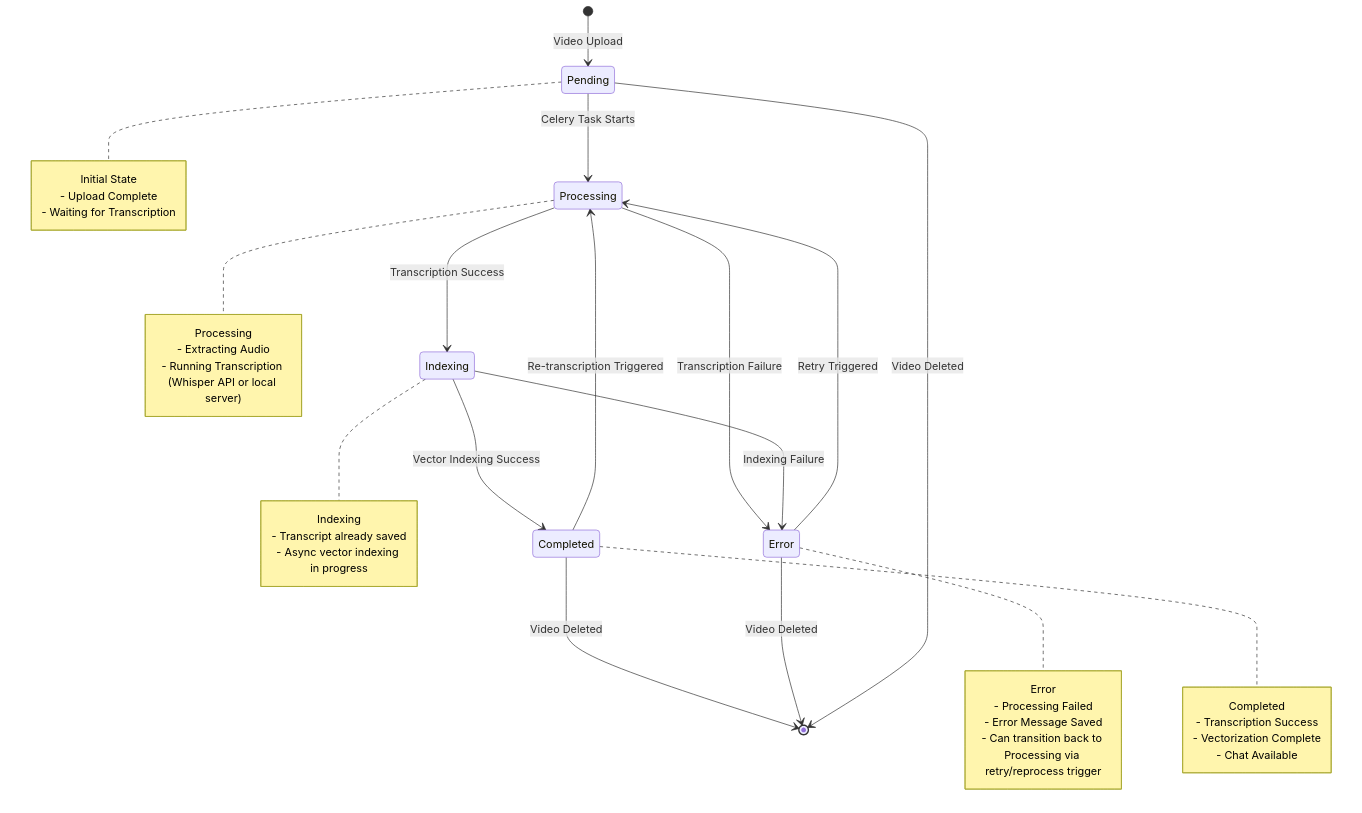
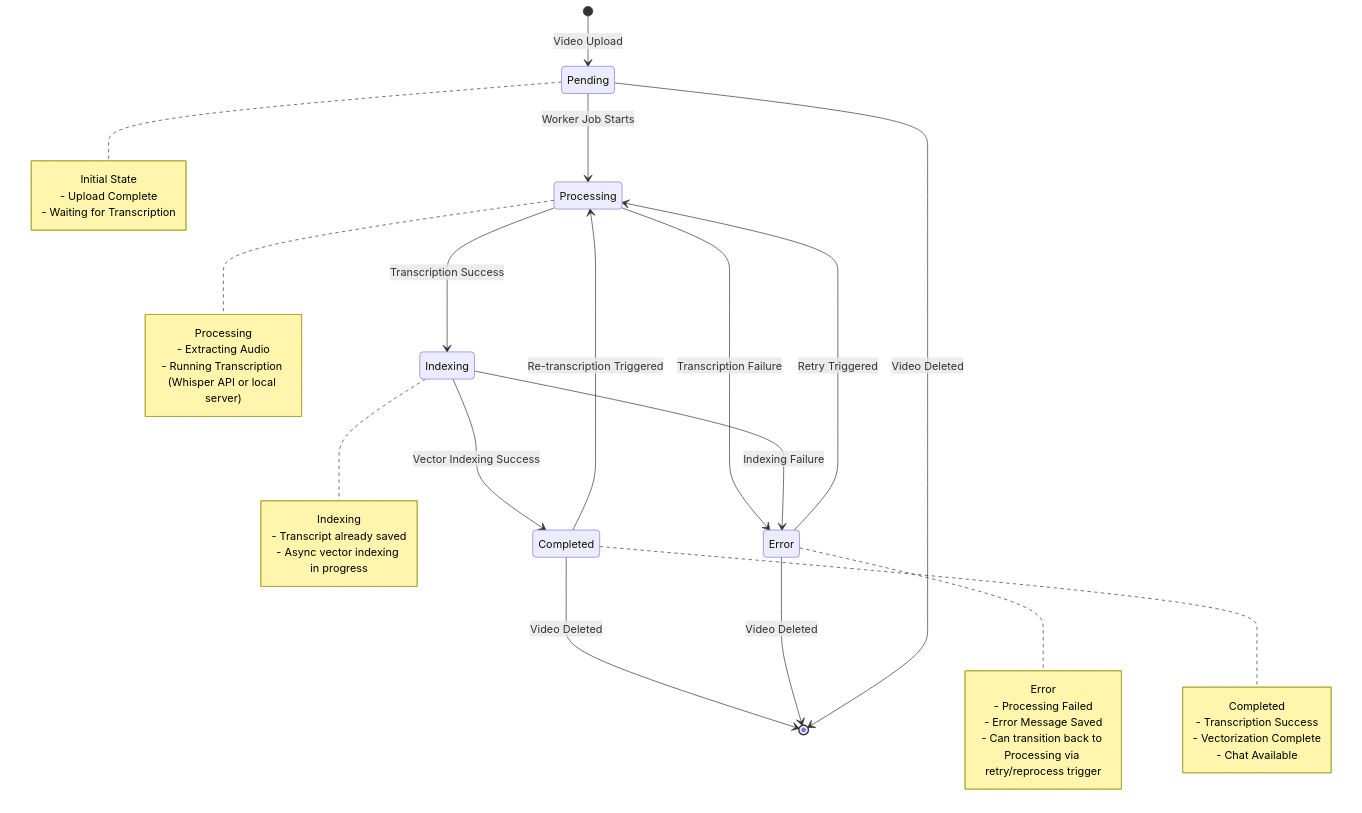
The first of 6 diagrams in docs/design/state-diagram.md (yukiharada1228/videoq), drawn with Mermaid before and after one commit. The commit also changed 844 other files, not shown here.

````diff
--- a/docs/design/state-diagram.md
+++ b/docs/design/state-diagram.md
@@ -9,48 +9,48 @@
 ```mermaid
 stateDiagram-v2
     [*] --> Pending: Video Upload
     
-    Pending --> Processing: Celery Task Starts
+    Pending --> Processing: Worker Job Starts
     Processing --> Indexing: Transcription Success
     Indexing --> Completed: Vector Indexing Success
     Processing --> Error: Transcription Failure
     Indexing --> Error: Indexing Failure
     Completed --> Processing: Re-transcription Triggered
     Error --> Processing: Retry Triggered
     
     Completed --> [*]: Video Deleted
     Error --> [*]: Video Deleted
     Pending --> [*]: Video Deleted
     
     note right of Pending
         Initial State
         - Upload Complete
         - Waiting for Transcription
     end note
     
     note right of Processing
         Processing
         - Extracting Audio
         - Running Transcription (Whisper API or local server)
     end note
 
     note right of Indexing
         Indexing
         - Transcript already saved
         - Async vector indexing in progress
     end note
     
     note right of Completed
         Completed
         - Transcription Success
         - Vectorization Complete
         - Chat Available
     end note
     
     note right of Error
         Error
         - Processing Failed
         - Error Message Saved
         - Can transition back to Processing via retry/reprocess trigger
     end note
 ```
````
